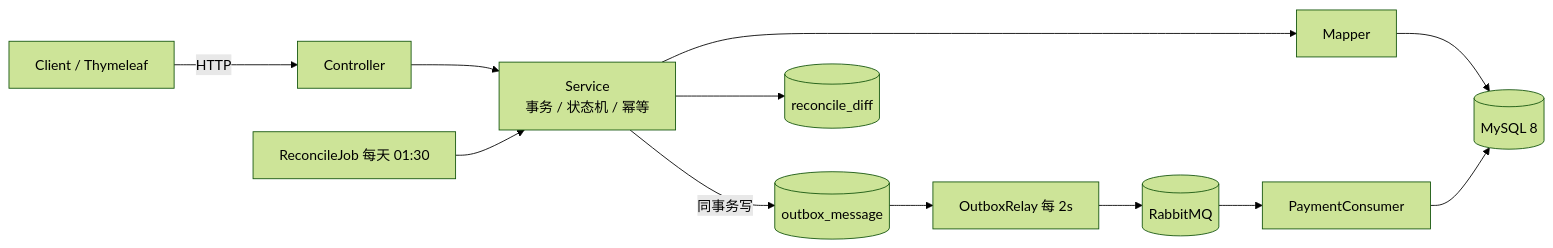
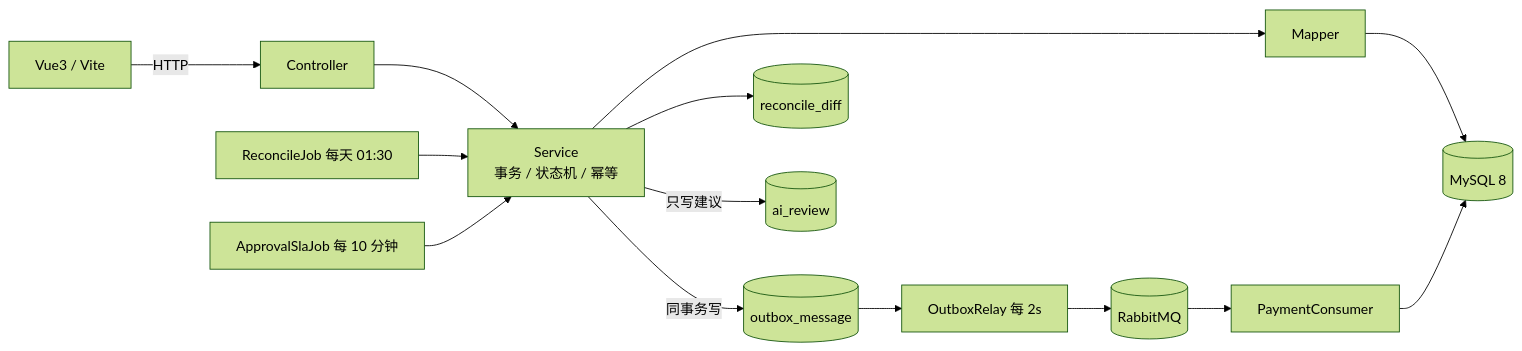
One commit to cg9801/Smart-Expense changed the diagram in README.md. Above: the diagram before and after it, drawn with Mermaid (forest theme). The commit also changed other lines of this file and 45 other files, not shown here.

````diff
--- a/README.md
+++ b/README.md
@@ -23,9 +26,11 @@
 ```mermaid
 flowchart LR
-    U[Client / Thymeleaf] -->|HTTP| C[Controller]
+    U[Vue3 / Vite] -->|HTTP| C[Controller]
     C --> S[Service<br/>事务 / 状态机 / 幂等]
     S --> M[Mapper] --> DB[(MySQL 8)]
     S -->|同事务写| OB[(outbox_message)]
     OB --> R[OutboxRelay 每 2s] --> MQ[(RabbitMQ)] --> PC[PaymentConsumer] --> DB
     RC[ReconcileJob 每天 01:30] --> S --> RD[(reconcile_diff)]
+    SJ[ApprovalSlaJob 每 10 分钟] --> S
+    S -->|只写建议| AR[(ai_review)]
 ```
````
